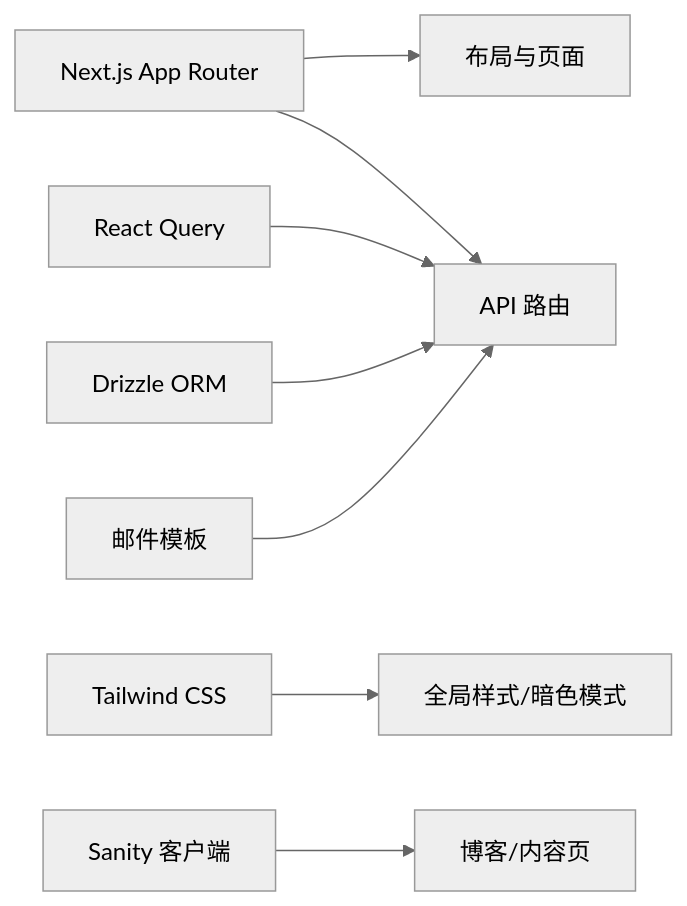
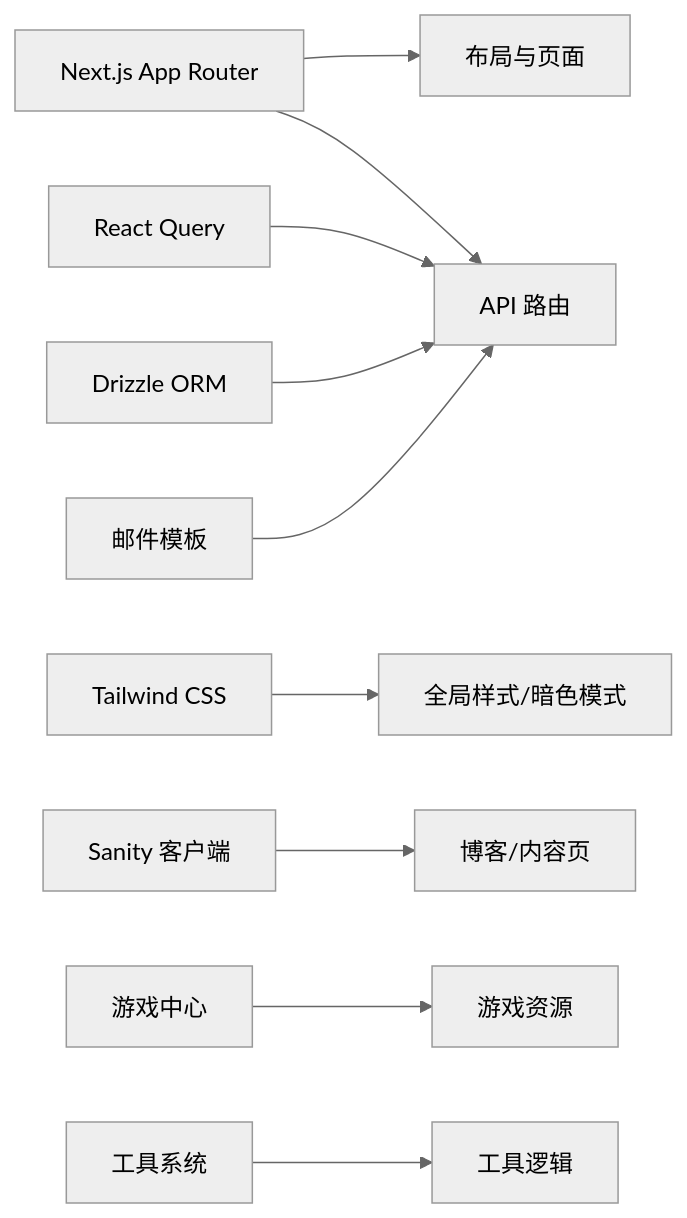
The tenth of 10 diagrams in .qoder/repowiki/zh/content/架构设计/前端架构.md (KTBOY/cali.so), drawn with Mermaid (neutral theme) before and after one commit. The commit also changed other lines of this file and 11 other files, not shown here.

````diff
--- a/.qoder/repowiki/zh/content/架构设计/前端架构.md
+++ b/.qoder/repowiki/zh/content/架构设计/前端架构.md
@@ -426,10 +565,12 @@
 ```mermaid
 graph LR
 Next["Next.js App Router"] --> Layouts["布局与页面"]
 Next --> API["API 路由"]
 Tailwind["Tailwind CSS"] --> Styles["全局样式/暗色模式"]
 Query["React Query"] --> API
 Sanity["Sanity 客户端"] --> Pages["博客/内容页"]
 Drizzle["Drizzle ORM"] --> API
 Email["邮件模板"] --> API
+GameCenter["游戏中心"] --> Games["游戏资源"]
+Tools["工具系统"] --> Utils["工具逻辑"]
 ```
````
